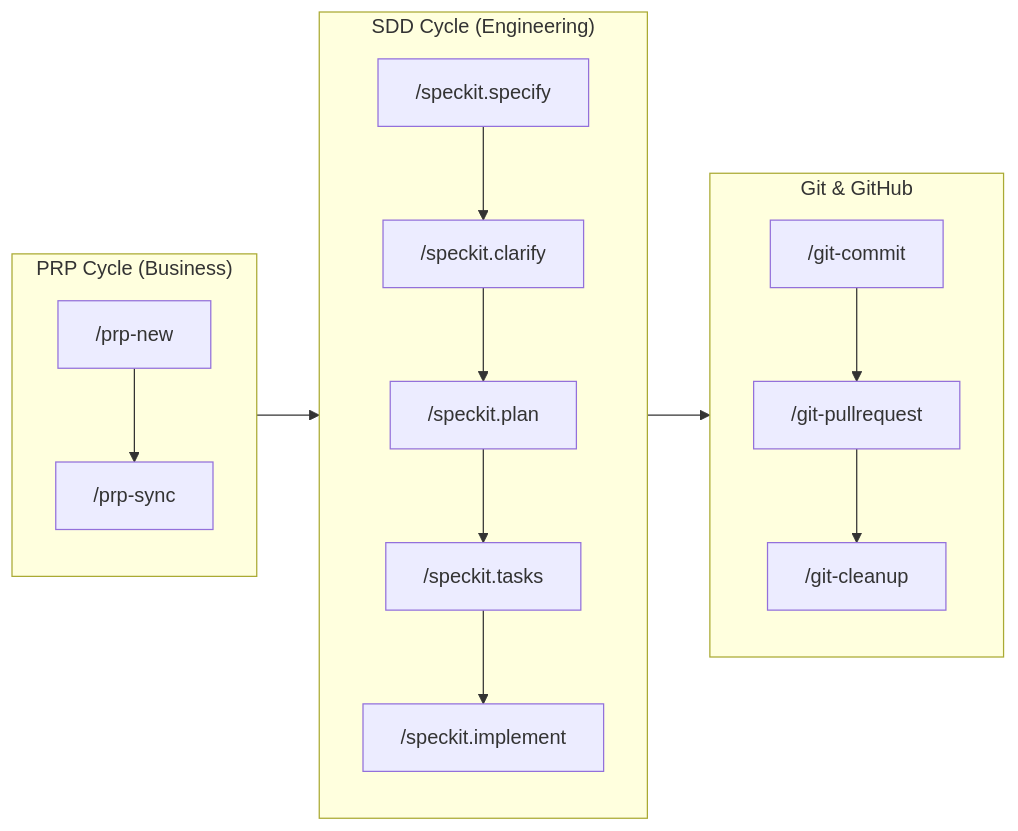
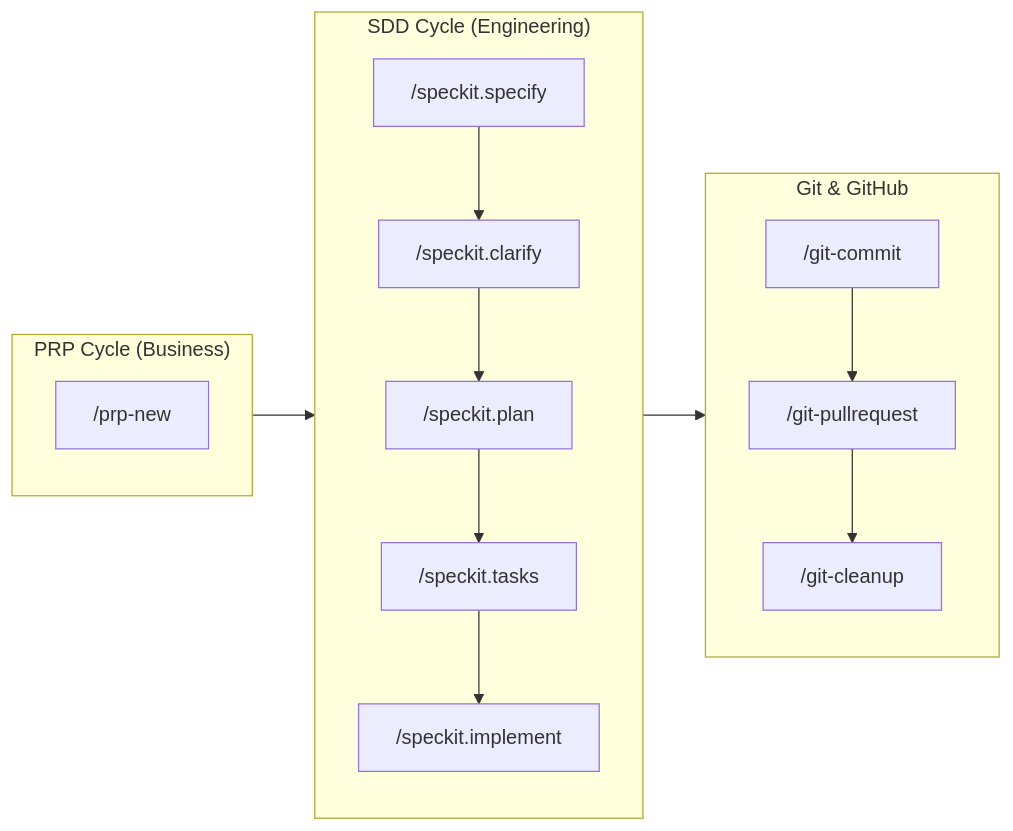
Before and after one commit to Dario-Arcos/ai-framework: the fifth of 5 diagrams in docs/architecture.md, drawn with Mermaid. The commit also changed 5 other files, not shown here.

First line of the commit message:
refactor(commands): remove prp-sync and speckit.sync commands

````diff
--- a/docs/architecture.md
+++ b/docs/architecture.md
@@ -203,21 +203,21 @@
 ```mermaid
 graph LR
     subgraph PRP["PRP Cycle (Business)"]
-        P1["/prp-new"] --> P2["/prp-sync"]
+        P1["/prp-new"]
     end
 
     subgraph SDD["SDD Cycle (Engineering)"]
         S1["/speckit.specify"] --> S2["/speckit.clarify"]
         S2 --> S3["/speckit.plan"]
         S3 --> S4["/speckit.tasks"]
         S4 --> S5["/speckit.implement"]
     end
 
     subgraph Git["Git & GitHub"]
         G1["/git-commit"] --> G2["/git-pullrequest"]
         G2 --> G3["/git-cleanup"]
     end
 
     PRP --> SDD
     SDD --> Git
 ```
````
